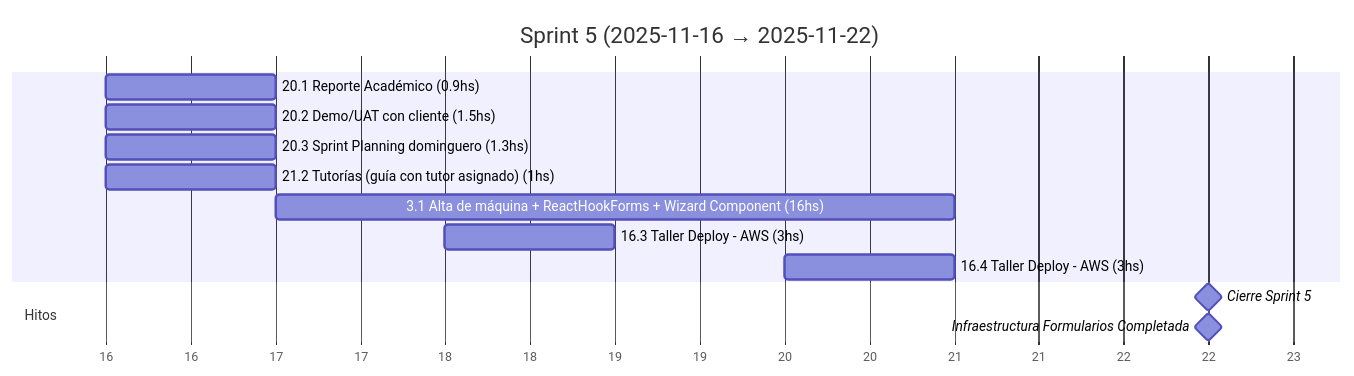
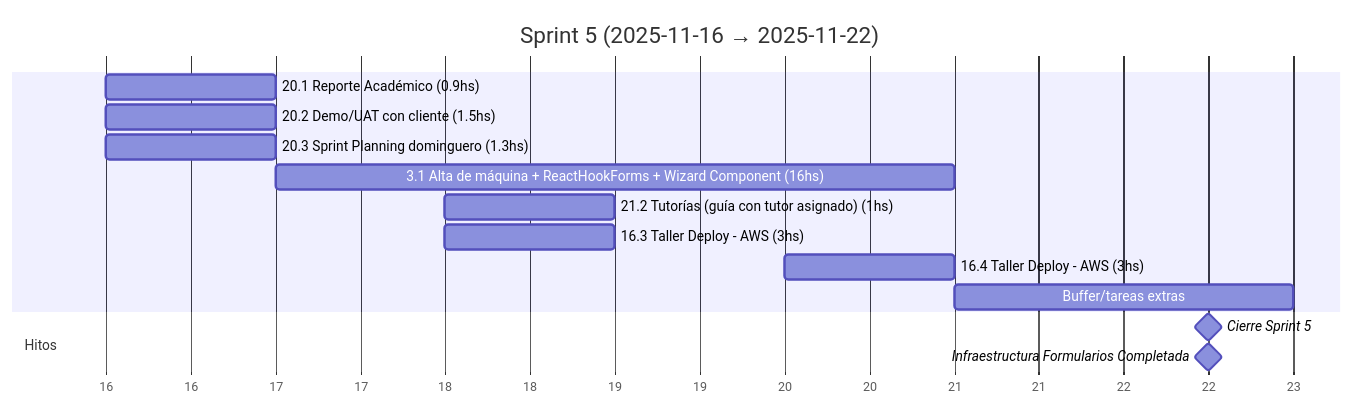
Before and after one commit to MarkMed/FleetMan: the sixth of 19 diagrams in docs/SprintsGantts.md, drawn with Mermaid.

Commit message:
fix(sprints): update task dates and add buffer for extra tasks in sprint planning

````diff
--- a/docs/SprintsGantts.md
+++ b/docs/SprintsGantts.md
@@ -155,20 +155,21 @@
 ```mermaid
 gantt
   title Sprint 5 (2025-11-16 → 2025-11-22)
   dateFormat  YYYY-MM-DD
   axisFormat  %d
 
   %% Asumimos 5 h/día. Horas estimadas incluidas en el nombre.
 
   20.1 Reporte Académico (0.9hs)               :t201, 2025-11-16, 1d
   20.2 Demo/UAT con cliente (1.5hs)            :t202, 2025-11-16, 1d
   20.3 Sprint Planning dominguero (1.3hs)      :t203, 2025-11-16, 1d
-  21.2 Tutorías (guía con tutor asignado) (1hs) :t212, 2025-11-16, 1d
   3.1 Alta de máquina + ReactHookForms + Wizard Component (16hs) :t31, after t203, 4d
+  21.2 Tutorías (guía con tutor asignado) (1hs) :t212, 2025-11-18, 1d
   16.3 Taller Deploy - AWS (3hs)               :t163, 2025-11-18, 1d
   16.4 Taller Deploy - AWS (3hs)               :t164, 2025-11-20, 1d
+  Buffer/tareas extras                         :bextra, after t31, 2d
 
   section Hitos
   Cierre Sprint 5                              :milestone, s5, 2025-11-22, 1d
   Infraestructura Formularios Completada       :milestone, forms, 2025-11-22, 1d
 ```
````
